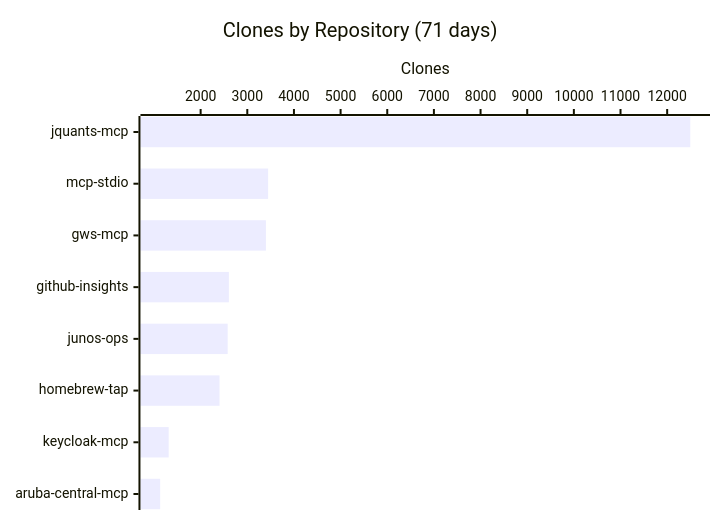
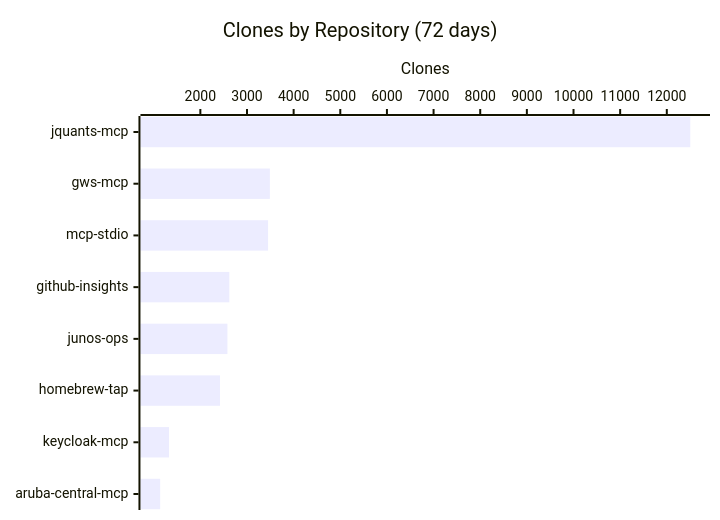
One commit to shigechika/github-insights changed the third of 3 diagrams in README.md. Above: the diagram before and after it, drawn with Mermaid. The commit also changed other lines of this file and 2 other files, not shown here.

````diff
--- a/README.md
+++ b/README.md
@@ -38,7 +38,7 @@
 ```mermaid
 xychart-beta horizontal
-    title "Clones by Repository (71 days)"
-    x-axis ["jquants-mcp", "mcp-stdio", "gws-mcp", "github-insights", "junos-ops", "homebrew-tap", "keycloak-mcp", "aruba-central-mcp"]
+    title "Clones by Repository (72 days)"
+    x-axis ["jquants-mcp", "gws-mcp", "mcp-stdio", "github-insights", "junos-ops", "homebrew-tap", "keycloak-mcp", "aruba-central-mcp"]
     y-axis "Clones"
-    bar [12495, 3446, 3399, 2605, 2580, 2405, 1315, 1133]
+    bar [12503, 3490, 3452, 2621, 2580, 2422, 1328, 1139]
 ```
````
